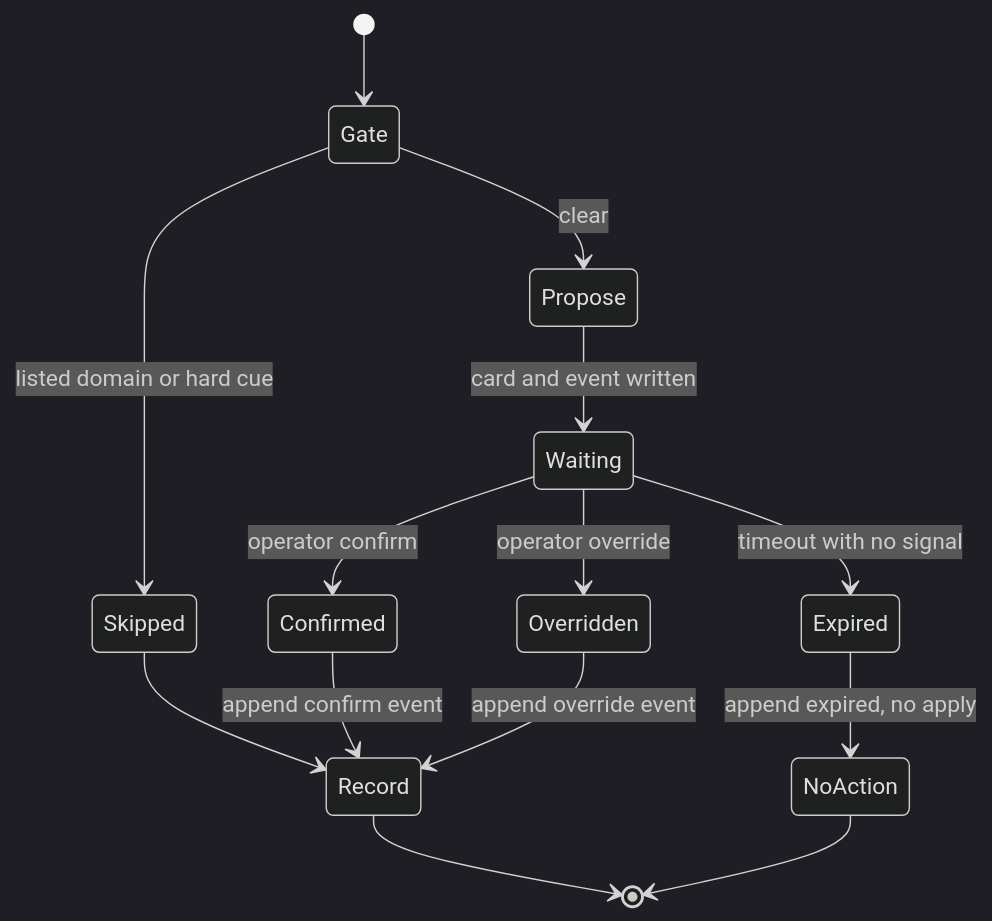
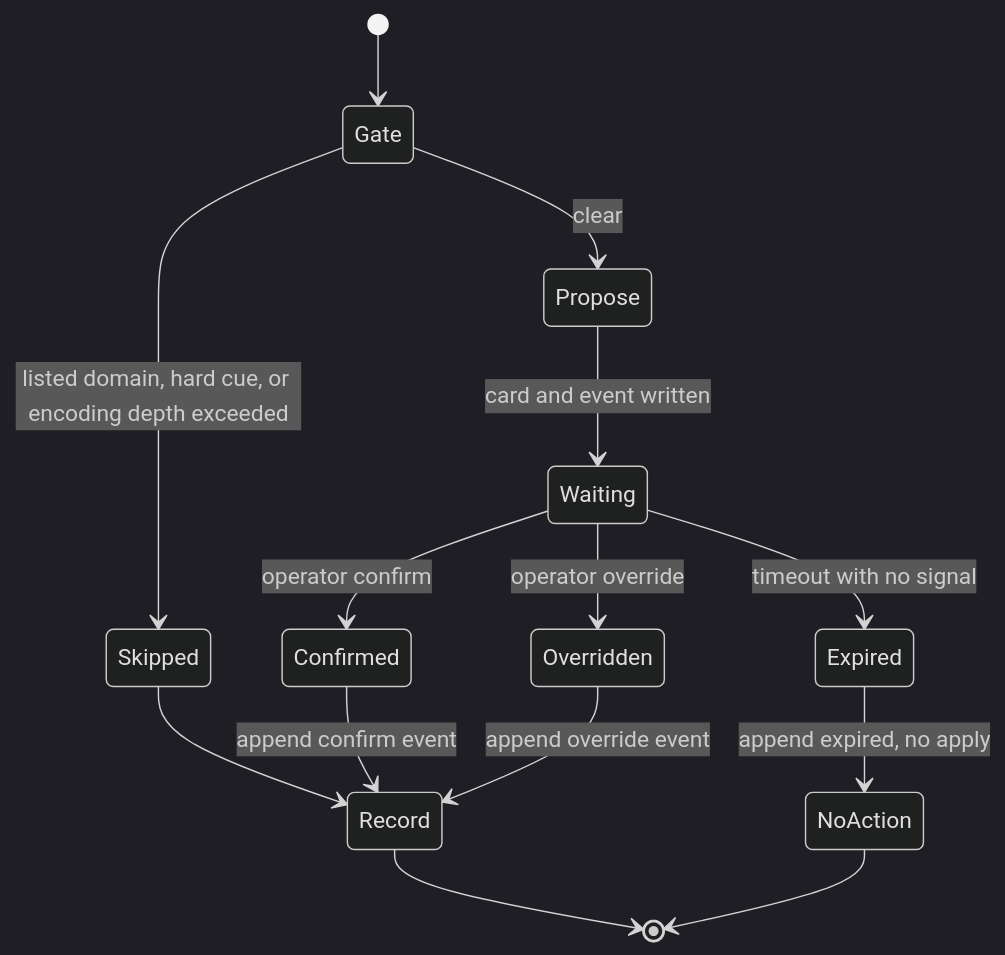
Before and after one commit to thecuriousts/ensembly: the diagram in docs/DECISION-MODEL.md, drawn with Mermaid (dark theme). The commit also changed other lines of this file and 5 other files, not shown here.

````diff
--- a/docs/DECISION-MODEL.md
+++ b/docs/DECISION-MODEL.md
@@ -69,16 +85,16 @@
 ```mermaid
 stateDiagram-v2
   [*] --> Gate
-  Gate --> Skipped: listed domain or hard cue
+  Gate --> Skipped: listed domain, hard cue, or encoding depth exceeded
   Gate --> Propose: clear
   Propose --> Waiting: card and event written
   Waiting --> Confirmed: operator confirm
   Waiting --> Overridden: operator override
   Waiting --> Expired: timeout with no signal
   Confirmed --> Record: append confirm event
   Overridden --> Record: append override event
   Expired --> NoAction: append expired, no apply
   Skipped --> Record
   Record --> [*]
   NoAction --> [*]
 ```
````
